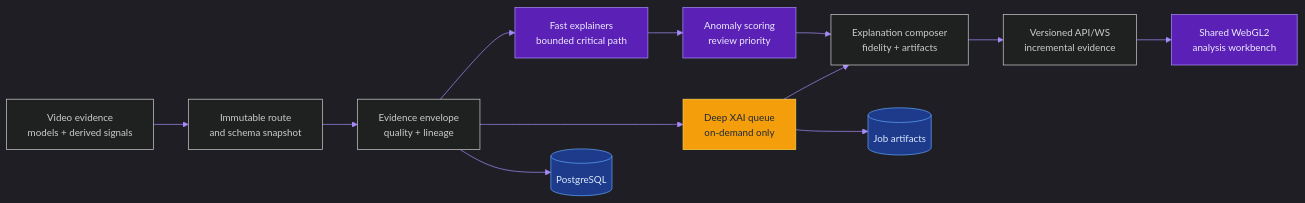
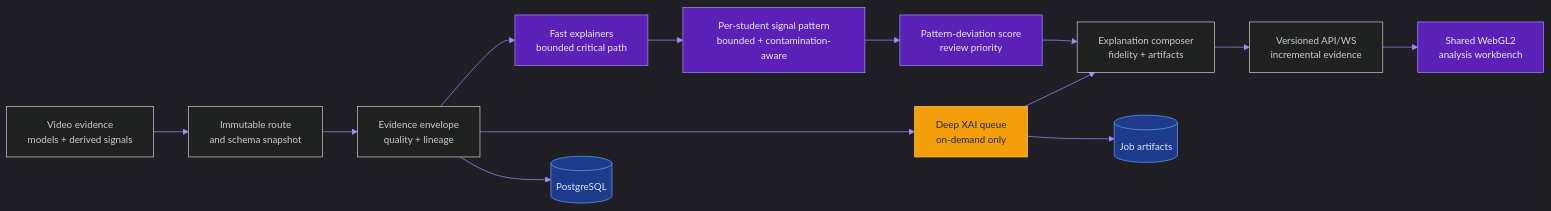
Before and after one commit to ahmedelbamby-aast/Grad-Project-Docs: the diagram in specs/015-xai-anomaly-score/plan.md, drawn with Mermaid. The commit also changed other lines of this file and 16 other files, not shown here.

````diff
--- a/specs/015-xai-anomaly-score/plan.md
+++ b/specs/015-xai-anomaly-score/plan.md
@@ -81,23 +86,24 @@
 ```mermaid
 %%{init: {'theme': 'dark', 'themeVariables': {'primaryColor': '#7C3AED', 'primaryTextColor': '#EDE9FE', 'primaryBorderColor': '#A78BFA', 'lineColor': '#A78BFA', 'secondaryColor': '#1E3A8A', 'tertiaryColor': '#5B21B6', 'fontSize': '14px'}}}%%
 flowchart LR
     SRC["Video evidence<br/>models + derived signals"] --> SNAP["Immutable route<br/>and schema snapshot"]
     SNAP --> ENV["Evidence envelope<br/>quality + lineage"]
     ENV --> FAST["Fast explainers<br/>bounded critical path"]
     ENV --> DEEP["Deep XAI queue<br/>on-demand only"]
-    FAST --> SCORE["Anomaly scoring<br/>review priority"]
+    FAST --> PATTERN["Per-student signal pattern<br/>bounded + contamination-aware"]
+    PATTERN --> SCORE["Pattern-deviation score<br/>review priority"]
     DEEP --> COMPOSE["Explanation composer<br/>fidelity + artifacts"]
     SCORE --> COMPOSE
     COMPOSE --> API["Versioned API/WS<br/>incremental evidence"]
     API --> WEBGL["Shared WebGL2<br/>analysis workbench"]
     ENV --> PG[("PostgreSQL")]
     DEEP --> ART[("Job artifacts")]
     classDef prod fill:#5B21B6,stroke:#A78BFA,color:#EDE9FE;
     classDef store fill:#1E3A8A,stroke:#60A5FA,color:#DBEAFE;
     classDef warn fill:#F59E0B,stroke:#FCD34D,color:#1F2937;
     classDef fail fill:#DC2626,stroke:#F87171,color:#FFFFFF;
     classDef ok fill:#16A34A,stroke:#86EFAC,color:#053B17;
-    class FAST,SCORE,WEBGL prod;
+    class FAST,PATTERN,SCORE,WEBGL prod;
     class PG,ART store;
     class DEEP warn;
 ```
````
